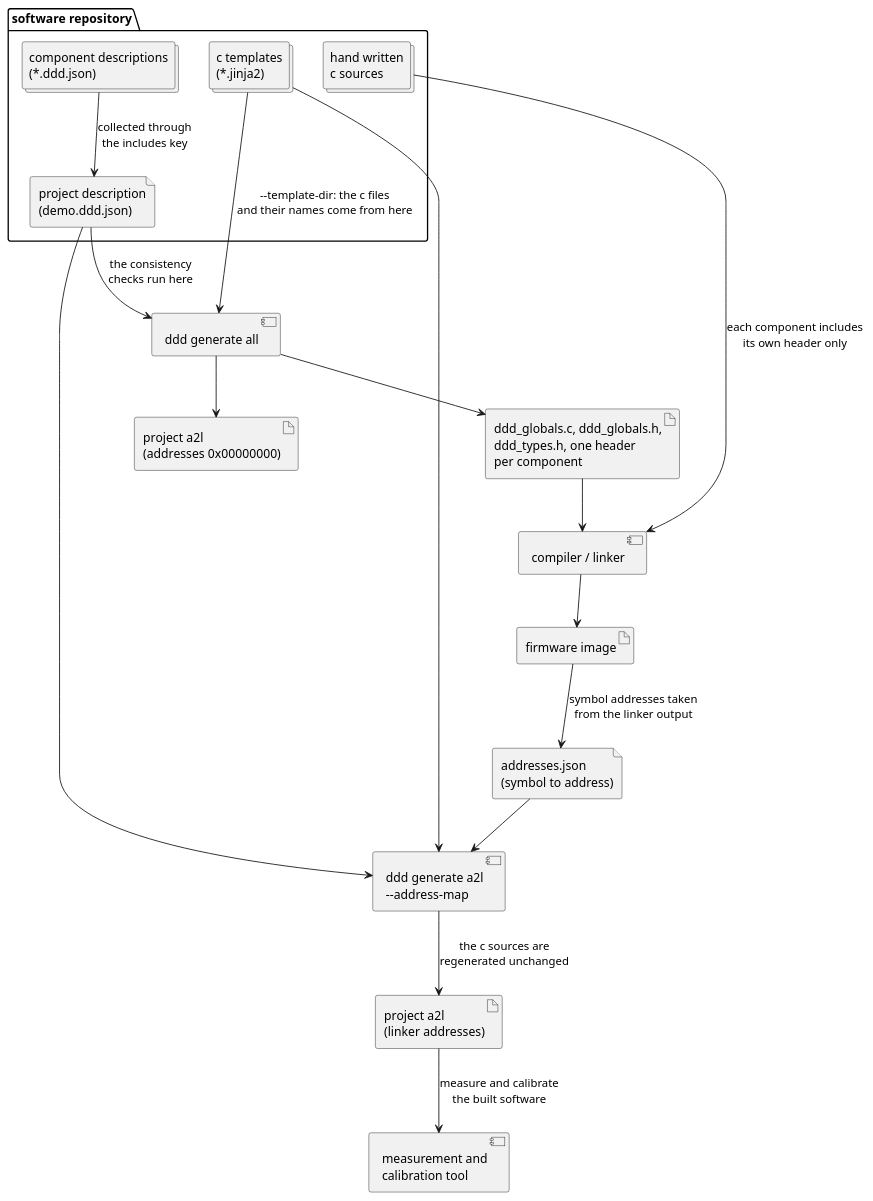
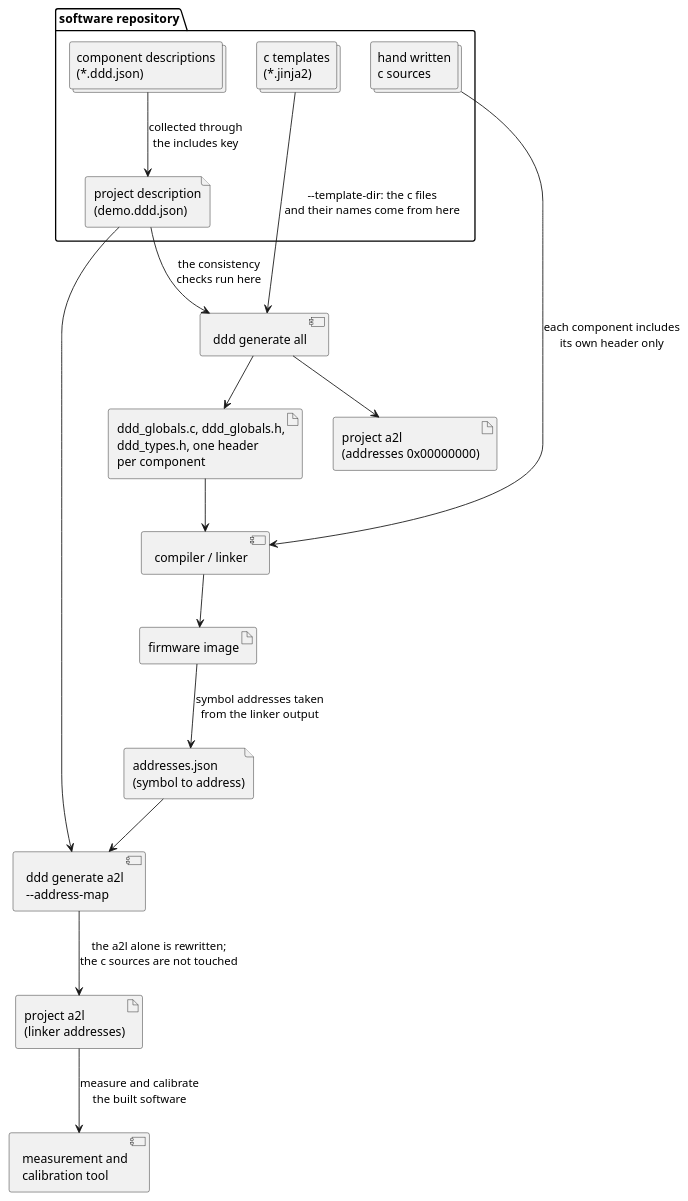
One commit to Sauci/ddd changed the first of 2 diagrams in docs/concept.rst. Above: the diagram before and after it, drawn with PlantUML. The commit also changed other lines of this file and 8 other files, not shown here.

```diff
--- a/docs/concept.rst
+++ b/docs/concept.rst
@@ -437,37 +437,36 @@
 .. uml::
 
    folder "software repository" as repository {
        collections "component descriptions\n(*.ddd.json)" as component_files
        file "project description\n(demo.ddd.json)" as project_file
        collections "c templates\n(*.jinja2)" as templates
        collections "hand written\nc sources" as c_sources
    }
 
    component "ddd generate all" as ddd_first
    component "ddd generate a2l\n--address-map" as ddd_second
    component "compiler / linker" as toolchain
 
    artifact "ddd_globals.c, ddd_globals.h,\nddd_types.h, one header\nper component" as generated_c
    artifact "project a2l\n(addresses 0x00000000)" as provisional_a2l
    artifact "firmware image" as image
    file "addresses.json\n(symbol to address)" as address_map
    artifact "project a2l\n(linker addresses)" as final_a2l
 
    component "measurement and\ncalibration tool" as mc_tool
 
    component_files --> project_file: collected through\nthe includes key
    project_file --> ddd_first: the consistency\nchecks run here
    templates --> ddd_first: --template-dir: the c files\nand their names come from here
    ddd_first --> generated_c
    ddd_first --> provisional_a2l
 
    generated_c --> toolchain
    c_sources --> toolchain: each component includes\nits own header only
    toolchain --> image
    image --> address_map: symbol addresses taken\nfrom the linker output
 
    project_file --> ddd_second
-   templates --> ddd_second
    address_map --> ddd_second
-   ddd_second --> final_a2l: the c sources are\nregenerated unchanged
+   ddd_second --> final_a2l: the a2l alone is rewritten;\nthe c sources are not touched
    final_a2l --> mc_tool: measure and calibrate\nthe built software
```
